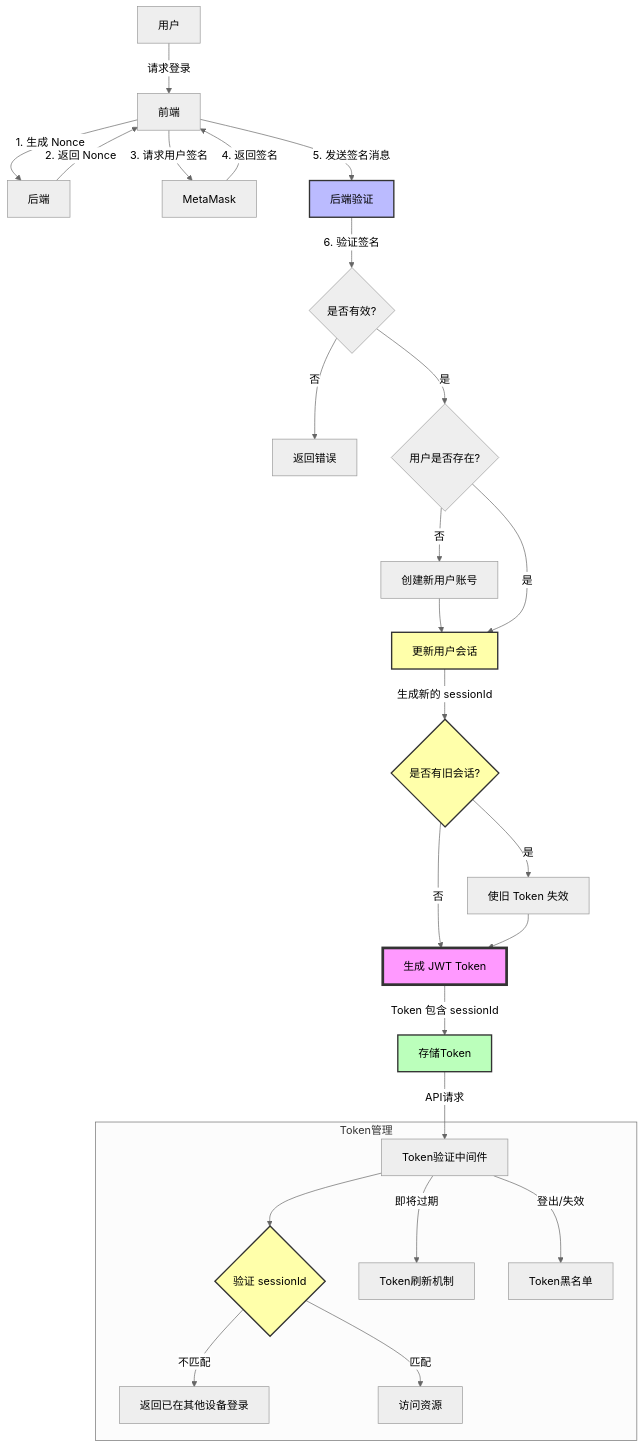
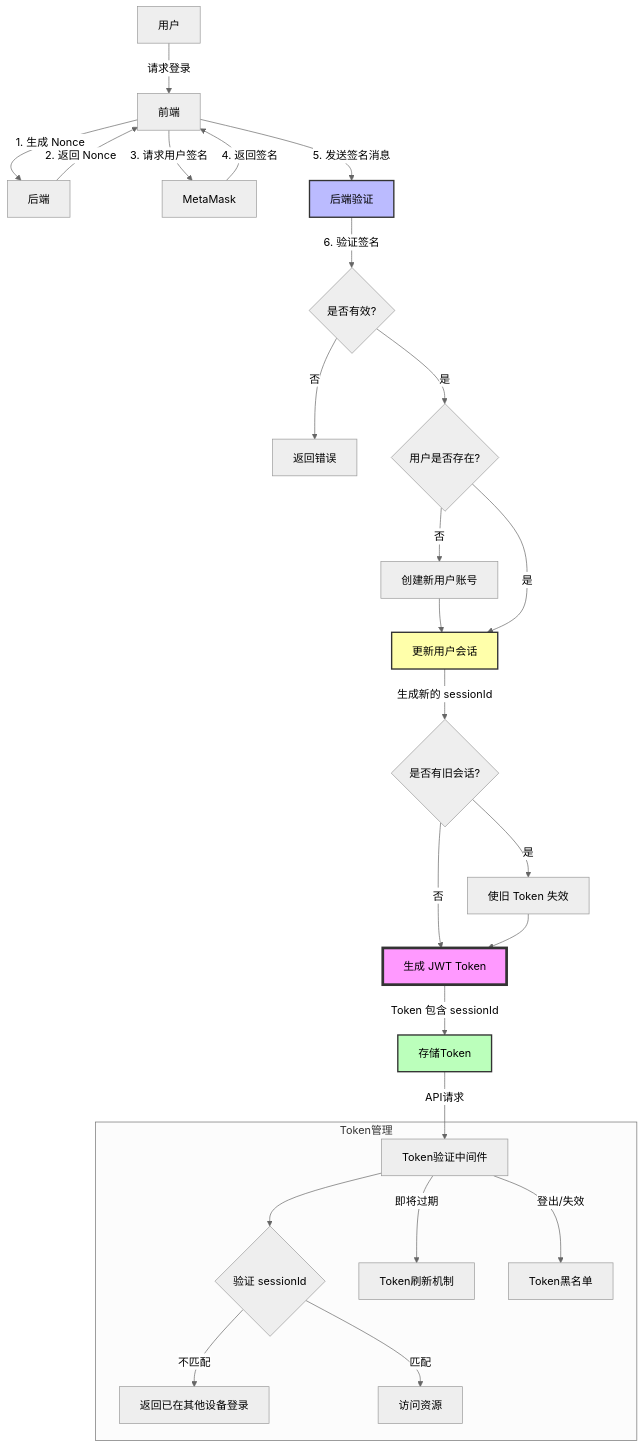
The diagram in all/未命名-12.md (yingjianzh/iodraw-files), drawn with Mermaid (neutral theme) before and after one commit.

Commit message:
2025-01-02 15:25:58 update

````diff
--- a/all/未命名-12.md
+++ b/all/未命名-12.md
@@ -1,41 +1,40 @@
 ```mermaid
 flowchart TD
     A[用户] -->|请求登录| B[前端]
     B -->|1. 生成 Nonce| C[后端]
     C -->|2. 返回 Nonce| B
     B -->|3. 请求用户签名| D[MetaMask]
     D -->|4. 返回签名| B
     B -->|5. 发送签名消息| E[后端验证]
     
     E -->|6. 验证签名| F{是否有效?}
     F -->|否| G[返回错误]
     F -->|是| H{用户是否存在?}
     
     H -->|否| I[创建新用户账号]
     I -->P[更新用户会话]
     H -->|是| P
     
     P -->|生成新的 sessionId| Q{是否有旧会话?}
     Q -->|是| R[使旧 Token 失效]
     Q -->|否| J
     R --> J[生成 JWT Token]
     
     J -->|Token 包含 sessionId| K[存储Token]
     
     subgraph Token管理
         L[Token验证中间件] --> S{验证 sessionId}
         S -->|不匹配| T[返回已在其他设备登录]
         S -->|匹配| O[访问资源]
         L -->|即将过期| M[Token刷新机制]
         L -->|登出/失效| N[Token黑名单]
     end
     
     K -->|API请求| L
 
     style J fill:#f9f,stroke:#333,stroke-width:4px
     style E fill:#bbf,stroke:#333,stroke-width:2px
     style K fill:#bfb,stroke:#333,stroke-width:2px
     style P fill:#ffa,stroke:#333,stroke-width:2px
-    style Q fill:#ffa,stroke:#333,stroke-width:2px
-    style S fill:#ffa,stroke:#333,stroke-width:2px
+
 ```
````
